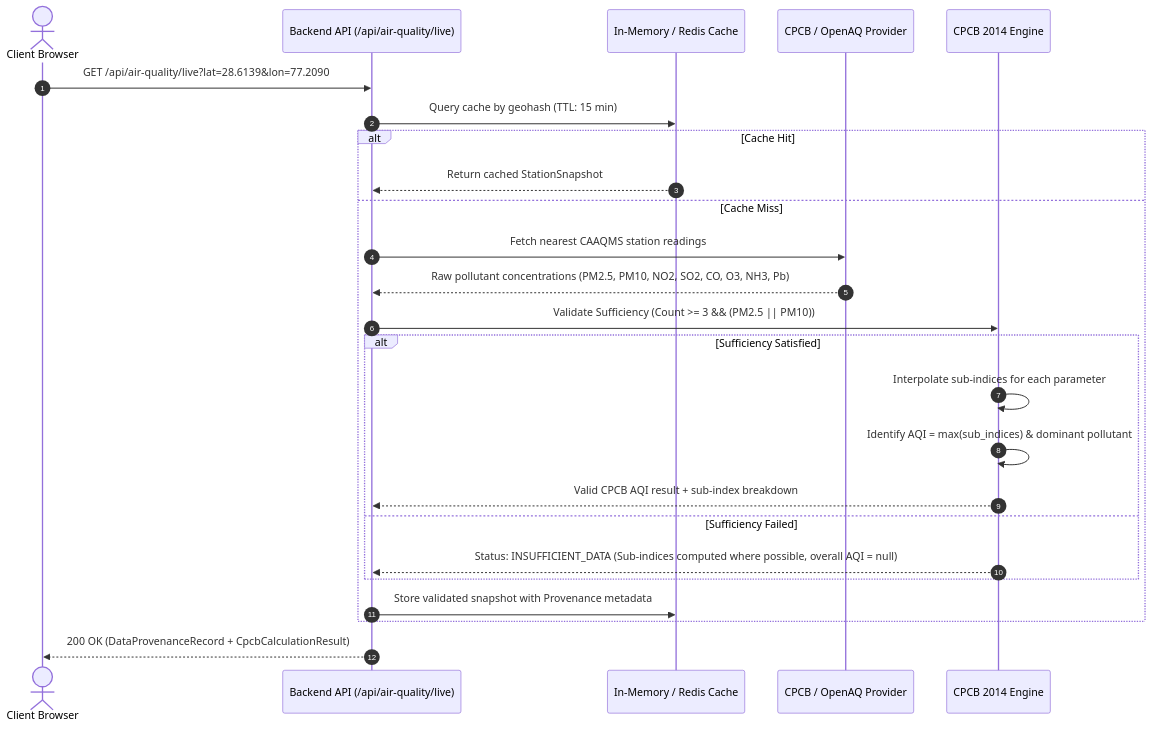
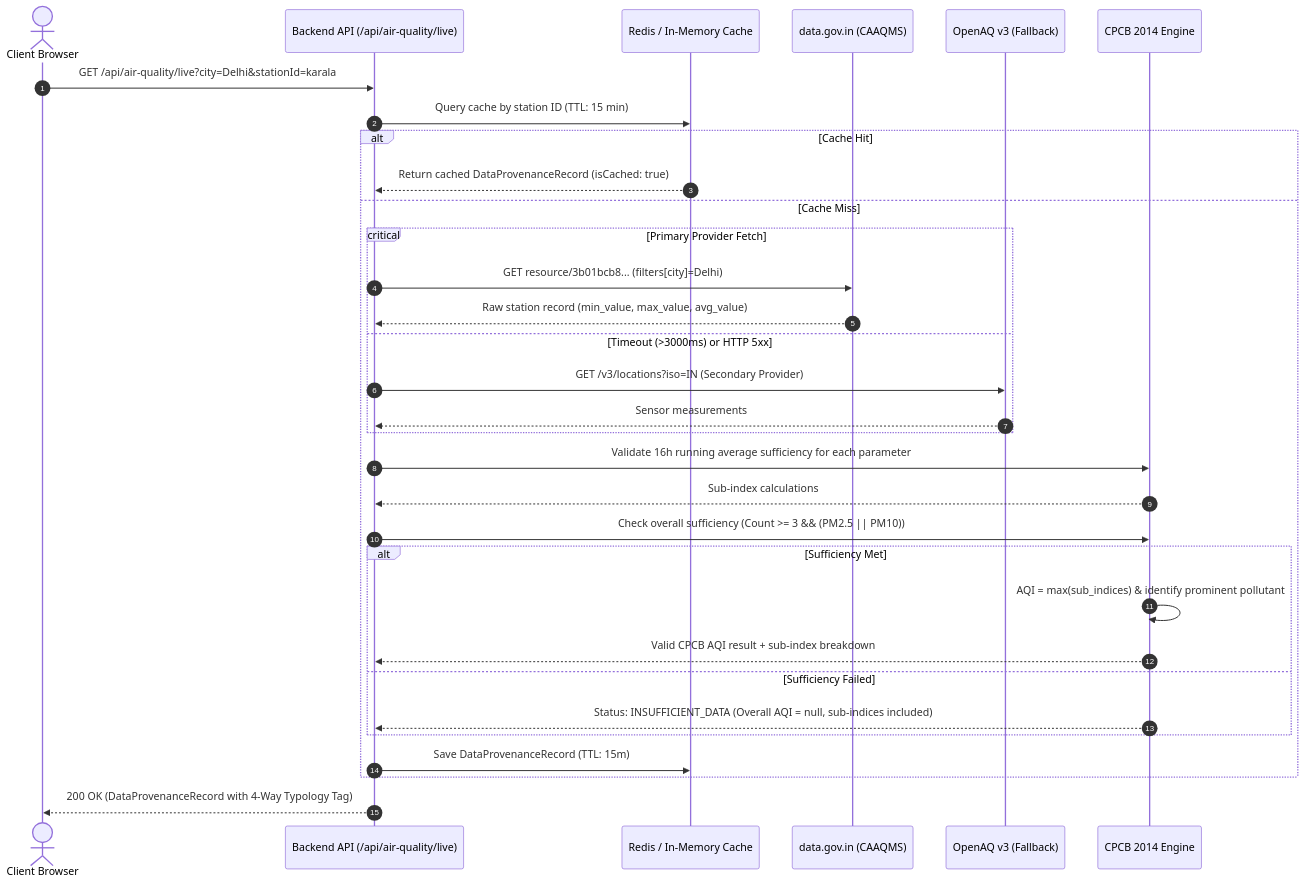
Before and after one commit to agnidiptasarkar123-dev/prompt_6: the second of 3 diagrams in docs/architecture.md, drawn with Mermaid. The commit also changed other lines of this file and 13 other files, not shown here.

Commit message:
docs: complete Phase 0 architecture audit revisions, decision log, and provenance specifications

````diff
--- a/docs/architecture.md
+++ b/docs/architecture.md
@@ -120,28 +142,35 @@
 ```mermaid
 sequenceDiagram
     autonumber
     actor User as Client Browser
     participant BFF as Backend API (/api/air-quality/live)
-    participant Cache as In-Memory / Redis Cache
-    participant Ext as CPCB / OpenAQ Provider
-    participant CPCB as CPCB 2014 Engine
+    participant Cache as Redis / In-Memory Cache
+    participant CPCB as data.gov.in (CAAQMS)
+    participant OpenAQ as OpenAQ v3 (Fallback)
+    participant Calc as CPCB 2014 Engine
 
-    User->>BFF: GET /api/air-quality/live?lat=28.6139&lon=77.2090
-    BFF->>Cache: Query cache by geohash (TTL: 15 min)
+    User->>BFF: GET /api/air-quality/live?city=Delhi&stationId=karala
+    BFF->>Cache: Query cache by station ID (TTL: 15 min)
     alt Cache Hit
-        Cache-->>BFF: Return cached StationSnapshot
+        Cache-->>BFF: Return cached DataProvenanceRecord (isCached: true)
     else Cache Miss
-        BFF->>Ext: Fetch nearest CAAQMS station readings
-        Ext-->>BFF: Raw pollutant concentrations (PM2.5, PM10, NO2, SO2, CO, O3, NH3, Pb)
-        BFF->>CPCB: Validate Sufficiency (Count >= 3 && (PM2.5 || PM10))
-        alt Sufficiency Satisfied
-            CPCB->>CPCB: Interpolate sub-indices for each parameter
-            CPCB->>CPCB: Identify AQI = max(sub_indices) & dominant pollutant
-            CPCB-->>BFF: Valid CPCB AQI result + sub-index breakdown
+        critical Primary Provider Fetch
+            BFF->>CPCB: GET resource/3b01bcb8... (filters[city]=Delhi)
+            CPCB-->>BFF: Raw station record (min_value, max_value, avg_value)
+        option Timeout (>3000ms) or HTTP 5xx
+            BFF->>OpenAQ: GET /v3/locations?iso=IN (Secondary Provider)
+            OpenAQ-->>BFF: Sensor measurements
+        end
+        BFF->>Calc: Validate 16h running average sufficiency for each parameter
+        Calc-->>BFF: Sub-index calculations
+        BFF->>Calc: Check overall sufficiency (Count >= 3 && (PM2.5 || PM10))
+        alt Sufficiency Met
+            Calc->>Calc: AQI = max(sub_indices) & identify prominent pollutant
+            Calc-->>BFF: Valid CPCB AQI result + sub-index breakdown
         else Sufficiency Failed
-            CPCB-->>BFF: Status: INSUFFICIENT_DATA (Sub-indices computed where possible, overall AQI = null)
+            Calc-->>BFF: Status: INSUFFICIENT_DATA (Overall AQI = null, sub-indices included)
         end
-        BFF->>Cache: Store validated snapshot with Provenance metadata
+        BFF->>Cache: Save DataProvenanceRecord (TTL: 15m)
     end
-    BFF-->>User: 200 OK (DataProvenanceRecord + CpcbCalculationResult)
+    BFF-->>User: 200 OK (DataProvenanceRecord with 4-Way Typology Tag)
 ```
````
